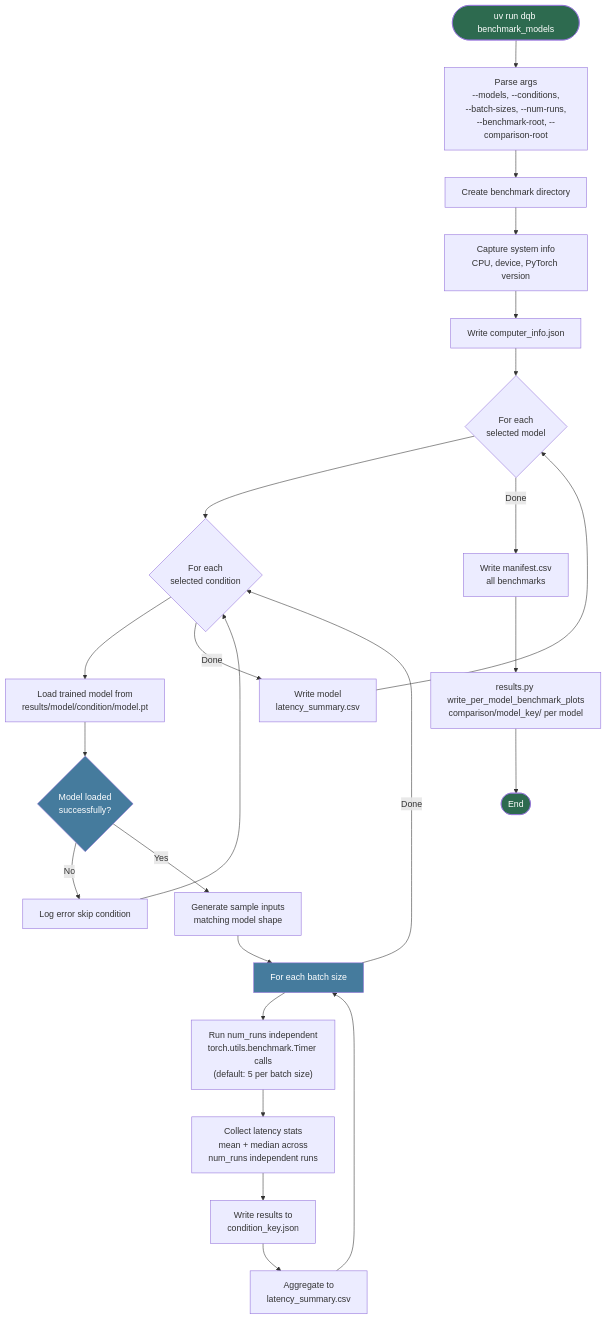
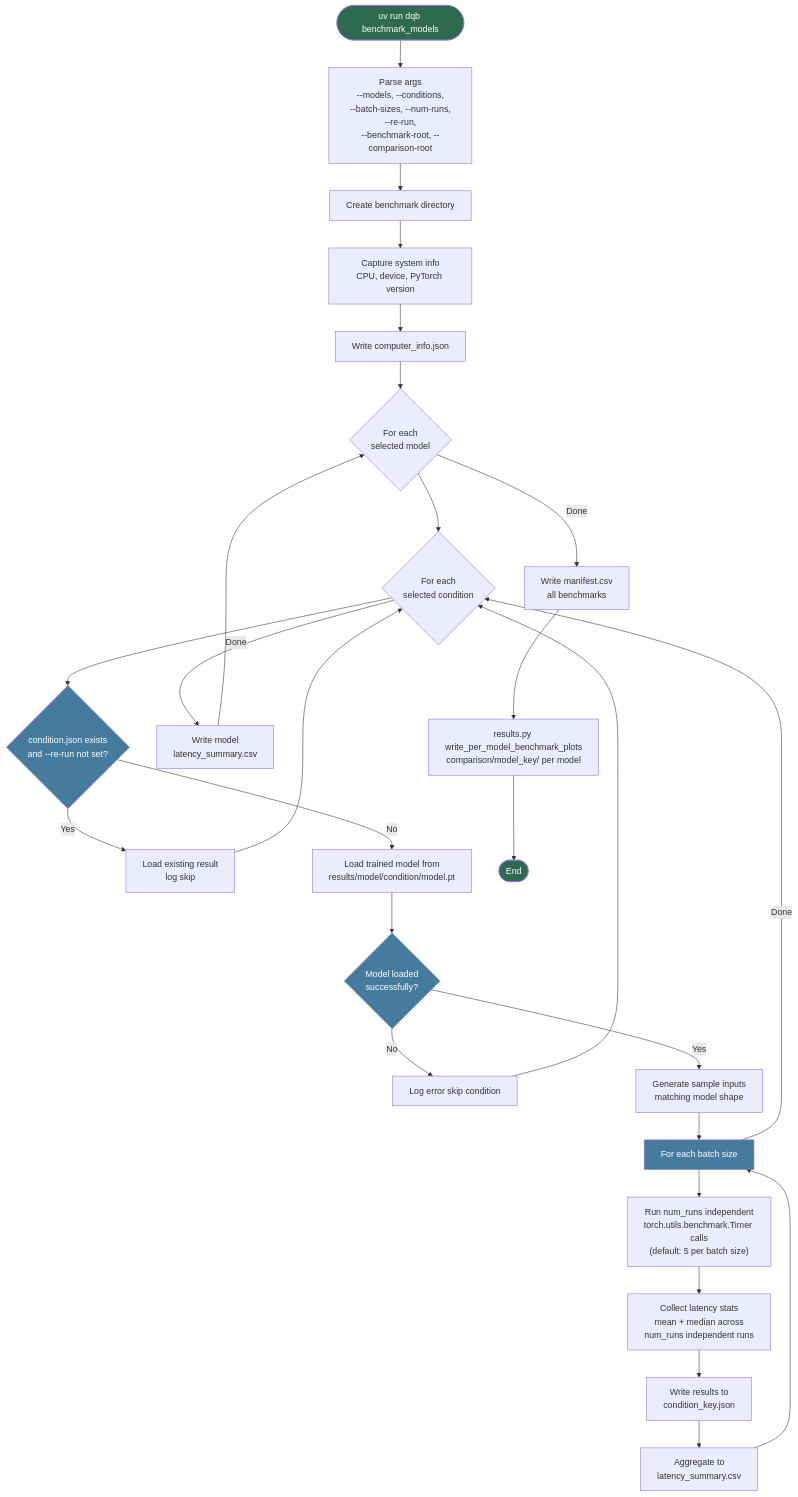
Before and after one commit to VG-Fish/PerforatedAI-Quantization-Experiment: the sixth of 7 diagrams in information/CLI_DIAGRAMS.md, drawn with Mermaid. The commit also changed other lines of this file and 4 other files, not shown here.

Commit message:
made uv run dqb benchmark_models skip already ran models

````diff
--- a/information/CLI_DIAGRAMS.md
+++ b/information/CLI_DIAGRAMS.md
@@ -251,31 +252,35 @@
 ```mermaid
 flowchart TD
-    A([uv run dqb benchmark_models]) --> B["Parse args<br>--models, --conditions,<br>--batch-sizes, --num-runs,<br>--benchmark-root, --comparison-root"]
+    A([uv run dqb benchmark_models]) --> B["Parse args<br>--models, --conditions,<br>--batch-sizes, --num-runs,<br>--re-run,<br>--benchmark-root, --comparison-root"]
     B --> C["Create benchmark directory"]
     C --> D["Capture system info<br>CPU, device, PyTorch version"]
     D --> E["Write computer_info.json"]
     E --> F{"For each<br>selected model"}
     F --> G{"For each<br>selected condition"}
-    G --> H["Load trained model from<br>results/model/condition/model.pt"]
+    G --> GG{"condition.json exists<br>and --re-run not set?"}
+    GG -->|Yes| GH["Load existing result<br>log skip"]
+    GG -->|No| H["Load trained model from<br>results/model/condition/model.pt"]
     H --> I{"Model loaded<br>successfully?"}
     I -->|No| J["Log error skip condition"]
     I -->|Yes| K["Generate sample inputs<br>matching model shape"]
     K --> L["For each batch size"]
     L --> M["Run num_runs independent<br>torch.utils.benchmark.Timer calls<br>(default: 5 per batch size)"]
     M --> N["Collect latency stats<br>mean + median across<br>num_runs independent runs"]
     N --> O["Write results to<br>condition_key.json"]
     O --> P["Aggregate to<br>latency_summary.csv"]
     P --> L
     L -->|Done| G
+    GH --> G
     J --> G
     G -->|Done| Q["Write model<br>latency_summary.csv"]
     Q --> F
     F -->|Done| R["Write manifest.csv<br>all benchmarks"]
     R --> S["results.py write_per_model_benchmark_plots<br>comparison/model_key/ per model"]
     S --> ZZ([End])
 
     style A fill:#2d6a4f,color:#fff
     style ZZ fill:#2d6a4f,color:#fff
+    style GG fill:#457b9d,color:#fff
     style I fill:#457b9d,color:#fff
     style L fill:#457b9d,color:#fff
 ```
````
